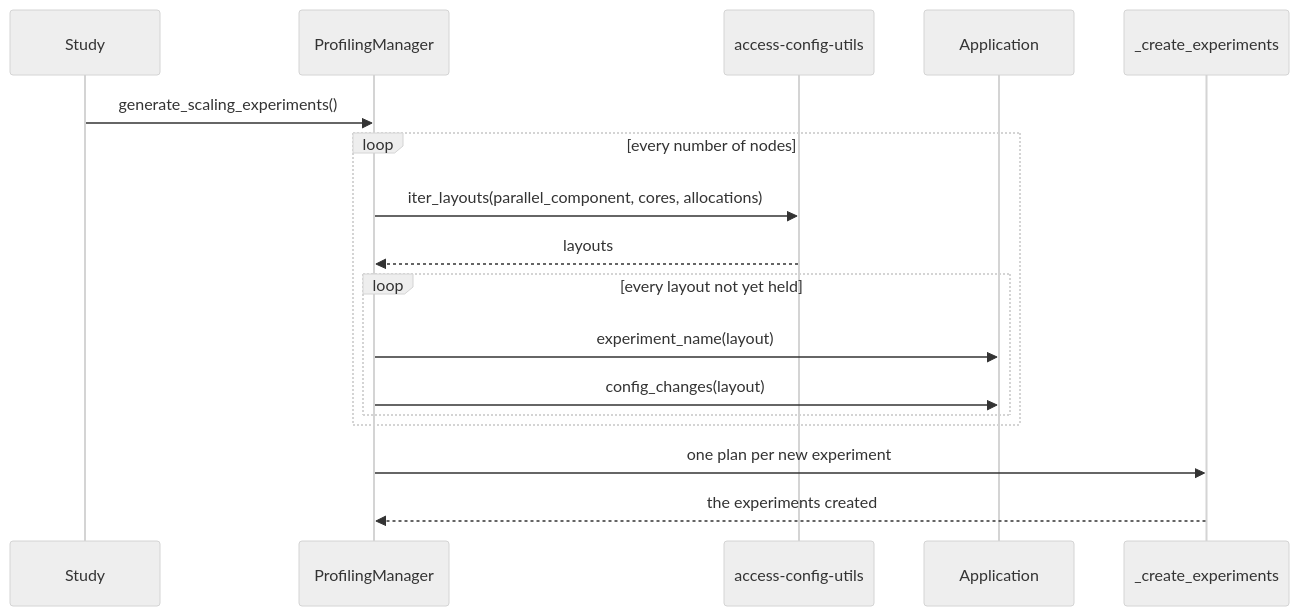
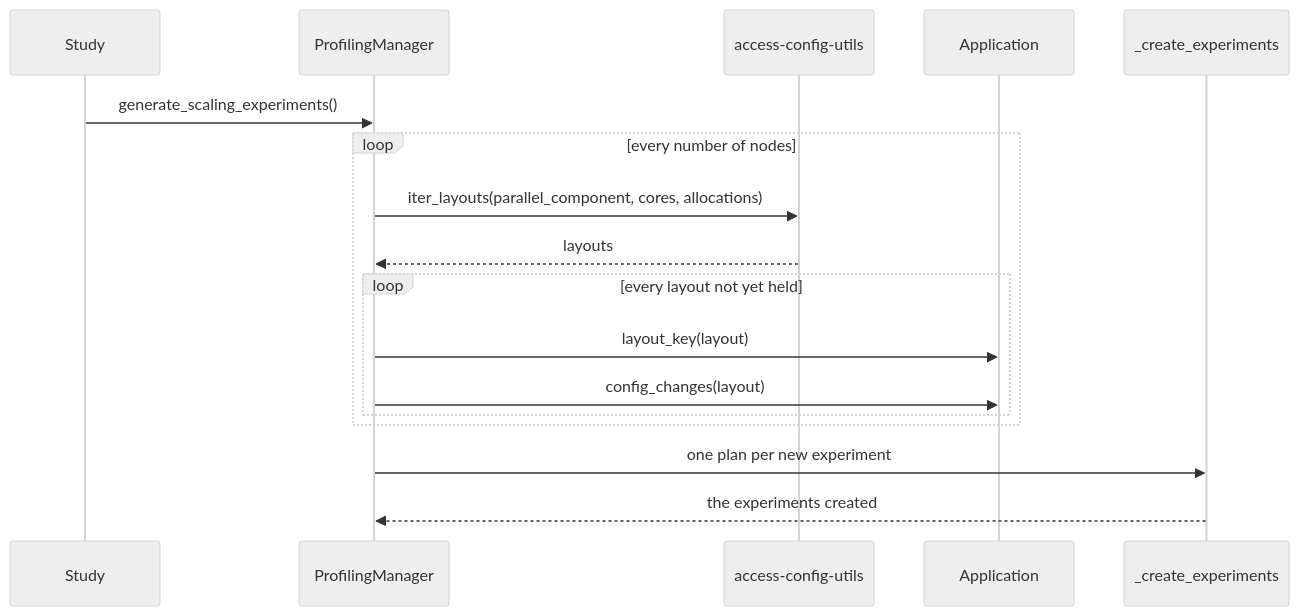
One commit to ACCESS-NRI/access-profiling changed the third of 3 diagrams in documentation/docs/pages/developer-guide/index.md. Above: the diagram before and after it, drawn with Mermaid (neutral theme). The commit also changed other lines of this file and 33 other files, not shown here.

````diff
--- a/documentation/docs/pages/developer-guide/index.md
+++ b/documentation/docs/pages/developer-guide/index.md
@@ -160,19 +160,19 @@
 ```mermaid
 sequenceDiagram
     participant Study
     participant Manager as ProfilingManager
     participant Search as access-config-utils
     participant Application
     participant Engine as _create_experiments
     Study->>Manager: generate_scaling_experiments()
     loop every number of nodes
         Manager->>Search: iter_layouts(parallel_component, cores, allocations)
         Search-->>Manager: layouts
         loop every layout not yet held
-            Manager->>Application: experiment_name(layout)
+            Manager->>Application: layout_key(layout)
             Manager->>Application: config_changes(layout)
         end
     end
     Manager->>Engine: one plan per new experiment
     Engine-->>Manager: the experiments created
 ```
````
